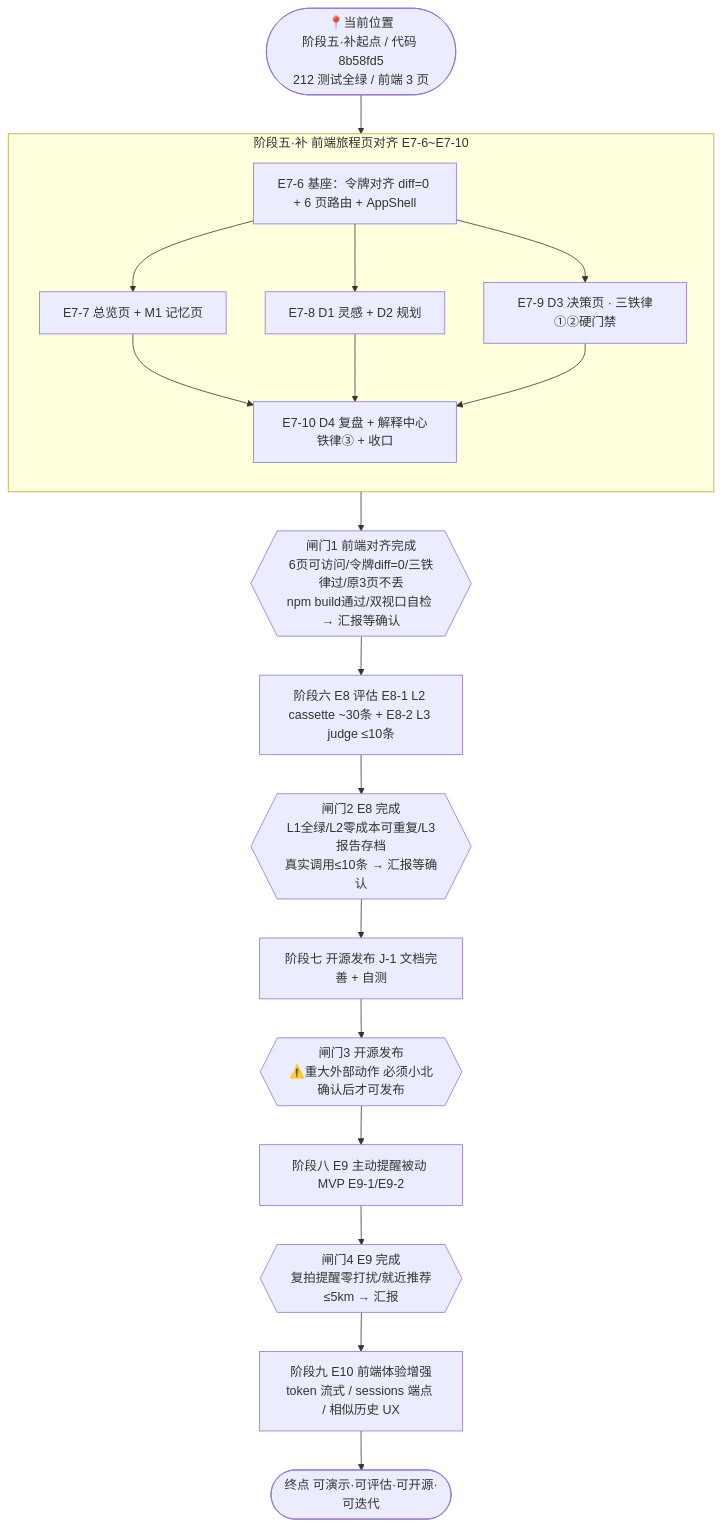
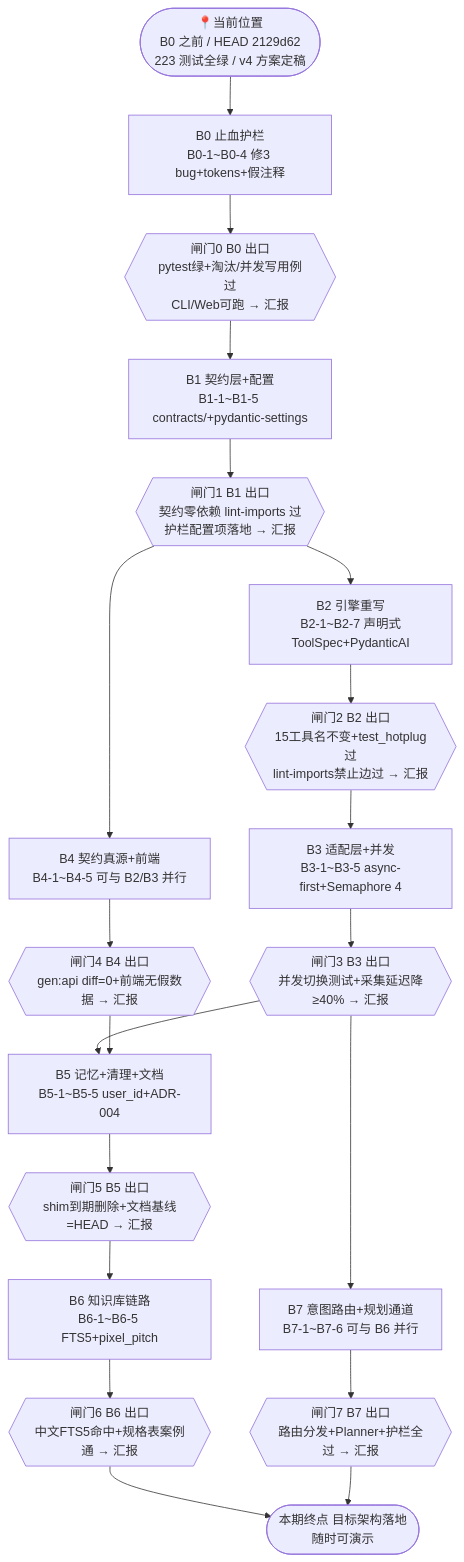
The diagram in docs/codex-longterm-goal.md (North-Q/LightTrail), drawn with Mermaid before and after one commit. The commit also changed other lines of this file and 11 other files, not shown here.

````diff
--- a/docs/codex-longterm-goal.md
+++ b/docs/codex-longterm-goal.md
@@ -25,25 +24,23 @@
 ```mermaid
 graph TD
-    S([📍当前位置<br/>阶段五·补起点 / 代码 8b58fd5<br/>212 测试全绿 / 前端 3 页]) --> P1
+    S([📍当前位置<br/>B0 之前 / HEAD 2129d62<br/>223 测试全绿 / v4 方案定稿]) --> B0
 
-    subgraph P1[阶段五·补 前端旅程页对齐 E7-6~E7-10]
-        direction TB
-        T6[E7-6 基座：令牌对齐 diff=0 + 6 页路由 + AppShell]
-        T7[E7-7 总览页 + M1 记忆页]
-        T8[E7-8 D1 灵感 + D2 规划]
-        T9[E7-9 D3 决策页 · 三铁律①②硬门禁]
-        T10[E7-10 D4 复盘 + 解释中心铁律③ + 收口]
-        T6 --> T7 & T8 & T9
-        T7 & T8 & T9 --> T10
-    end
-
-    P1 --> G1{{闸门1 前端对齐完成<br/>6页可访问/令牌diff=0/三铁律过/原3页不丢<br/>npm build通过/双视口自检 → 汇报等确认}}
-    G1 --> P2[阶段六 E8 评估 E8-1 L2 cassette ~30条 + E8-2 L3 judge ≤10条]
-    P2 --> G2{{闸门2 E8 完成<br/>L1全绿/L2零成本可重复/L3报告存档<br/>真实调用≤10条 → 汇报等确认}}
-    G2 --> P3[阶段七 开源发布 J-1 文档完善 + 自测]
-    P3 --> G3{{闸门3 开源发布<br/>⚠️重大外部动作 必须小北确认后才可发布}}
-    G3 --> P4[阶段八 E9 主动提醒被动 MVP E9-1/E9-2]
-    P4 --> G4{{闸门4 E9 完成<br/>复拍提醒零打扰/就近推荐≤5km → 汇报}}
-    G4 --> P5[阶段九 E10 前端体验增强<br/>token 流式 / sessions 端点 / 相似历史 UX]
-    P5 --> Z([终点 可演示·可评估·可开源·可迭代])
+    B0[B0 止血护栏<br/>B0-1~B0-4 修3 bug+tokens+假注释] --> G0{{闸门0 B0 出口<br/>pytest绿+淘汰/并发写用例过<br/>CLI/Web可跑 → 汇报}}
+    G0 --> B1[B1 契约层+配置<br/>B1-1~B1-5 contracts/+pydantic-settings]
+    B1 --> G1{{闸门1 B1 出口<br/>契约零依赖 lint-imports 过<br/>护栏配置项落地 → 汇报}}
+    G1 --> B2[B2 引擎重写<br/>B2-1~B2-7 声明式ToolSpec+PydanticAI]
+    G1 --> B4[B4 契约真源+前端<br/>B4-1~B4-5 可与 B2/B3 并行]
+    B2 --> G2{{闸门2 B2 出口<br/>15工具名不变+test_hotplug过<br/>lint-imports禁止边过 → 汇报}}
+    G2 --> B3[B3 适配层+并发<br/>B3-1~B3-5 async-first+Semaphore 4]
+    B4 --> G4{{闸门4 B4 出口<br/>gen:api diff=0+前端无假数据 → 汇报}}
+    B3 --> G3{{闸门3 B3 出口<br/>并发切换测试+采集延迟降≥40% → 汇报}}
+    G3 --> B5[B5 记忆+清理+文档<br/>B5-1~B5-5 user_id+ADR-004]
+    G4 --> B5
+    B5 --> G5{{闸门5 B5 出口<br/>shim到期删除+文档基线=HEAD → 汇报}}
+    G5 --> B6[B6 知识库链路<br/>B6-1~B6-5 FTS5+pixel_pitch]
+    G3 --> B7[B7 意图路由+规划通道<br/>B7-1~B7-6 可与 B6 并行]
+    B6 --> G6{{闸门6 B6 出口<br/>中文FTS5命中+规格表案例通 → 汇报}}
+    B7 --> G7{{闸门7 B7 出口<br/>路由分发+Planner+护栏全过 → 汇报}}
+    G6 --> Z([本期终点 目标架构落地<br/>随时可演示])
+    G7 --> Z
 ```
````
